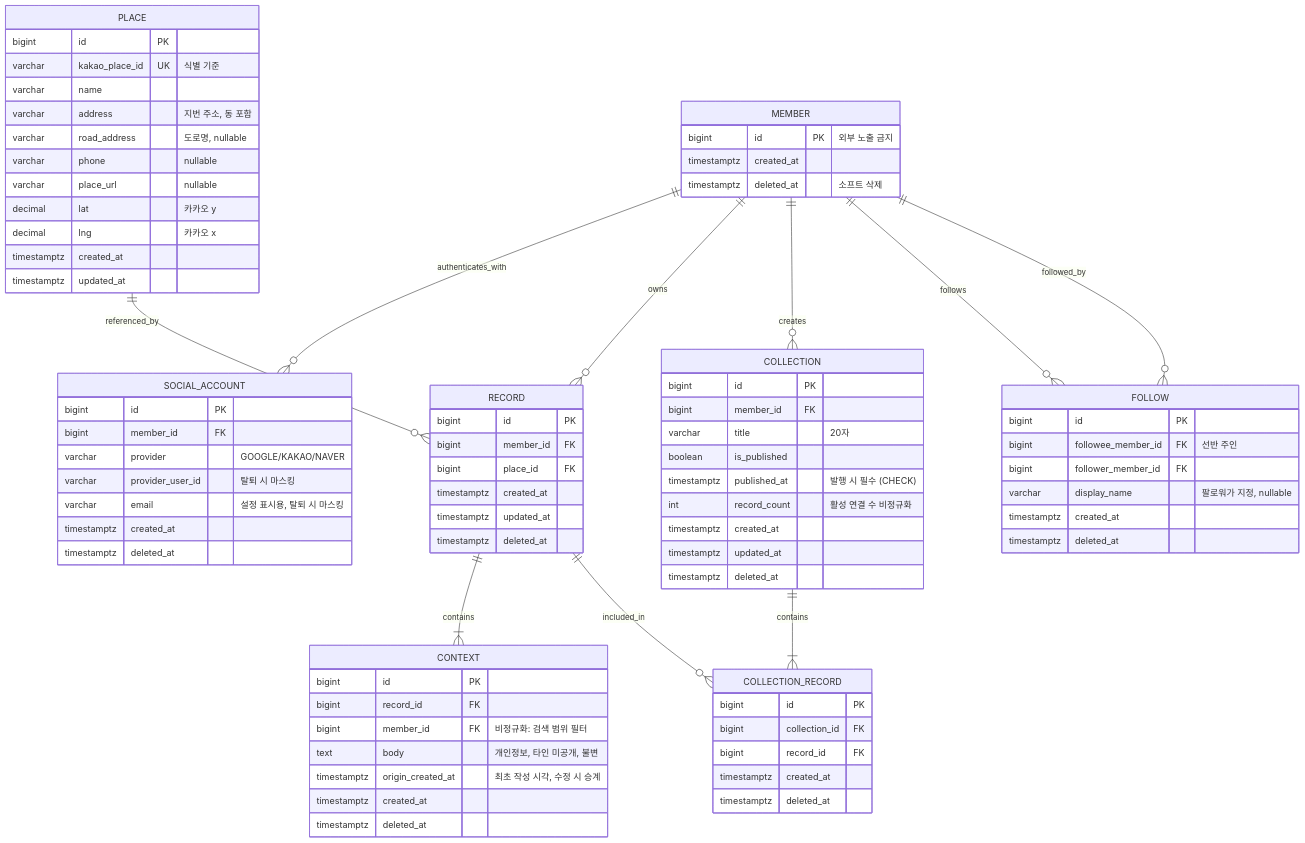
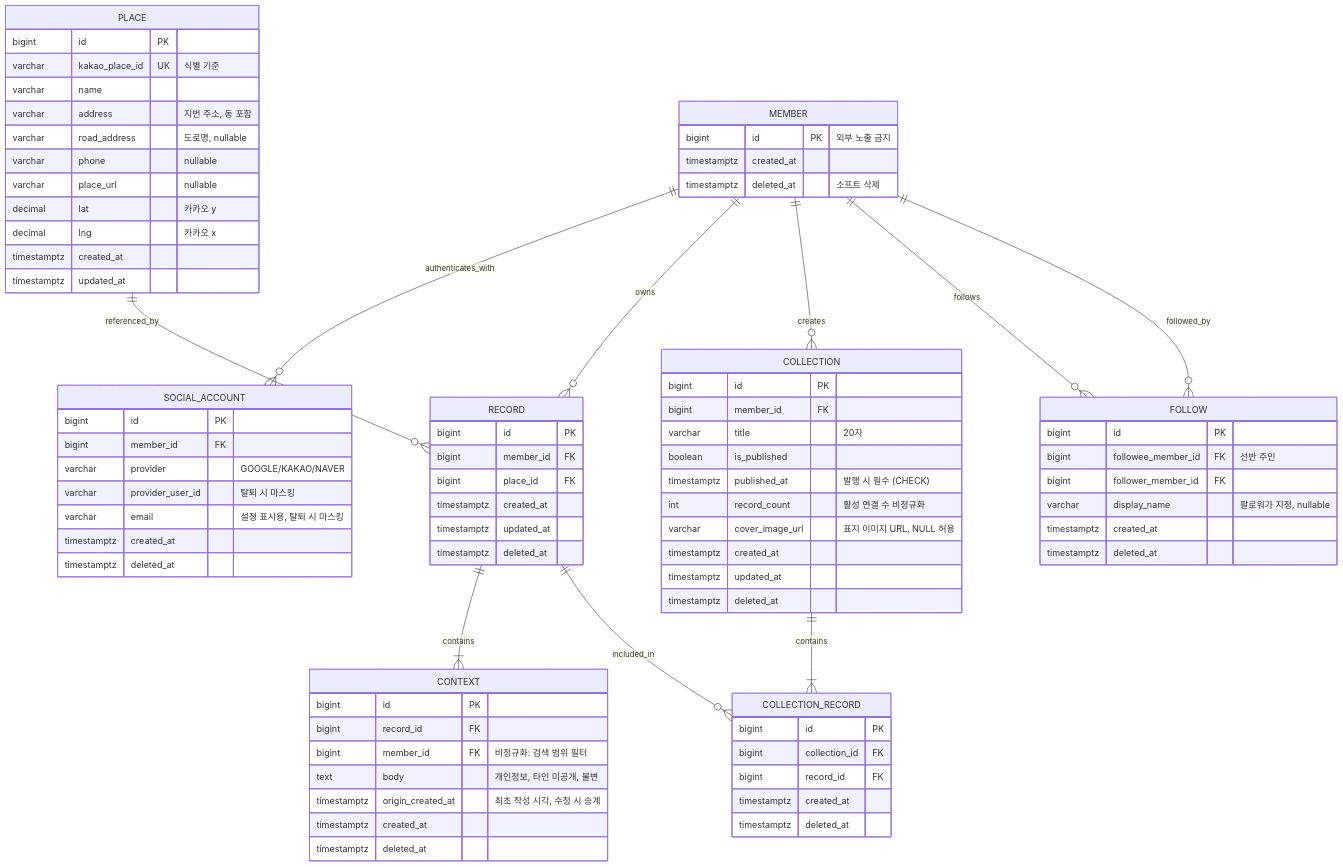
Before and after one commit to Team-PinLog/front: the first of 2 diagrams in docs/reference/07_ERD.md, drawn with Mermaid. The commit also changed 5 other files, not shown here.

Commit message:
docs: Collection 표지(coverImageUrl) 계약을 반영하고 PATCH 생략 규칙 차이를 명시한다

```diff
--- a/docs/reference/07_ERD.md
+++ b/docs/reference/07_ERD.md
@@ -74,6 +74,7 @@
         boolean is_published
         timestamptz published_at "발행 시 필수 (CHECK)"
         int record_count "활성 연결 수 비정규화"
+        varchar cover_image_url "표지 이미지 URL, NULL 허용"
         timestamptz created_at
         timestamptz updated_at
         timestamptz deleted_at
```
